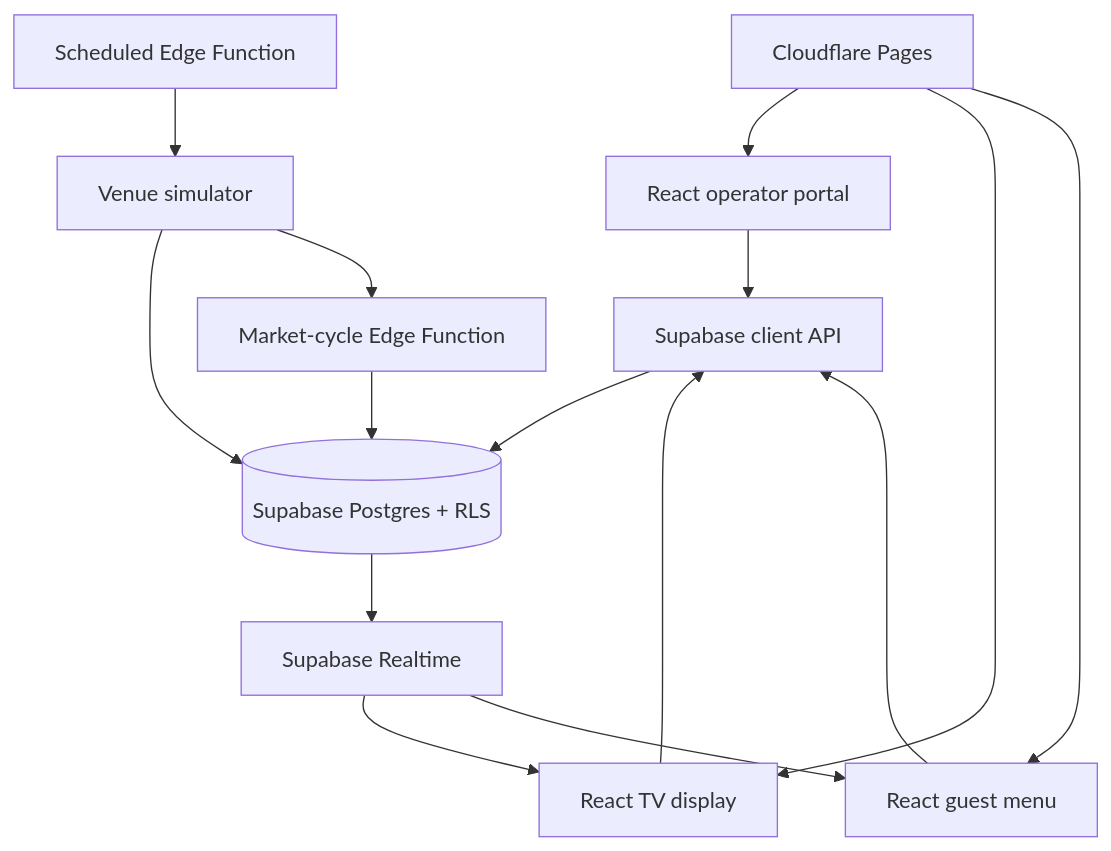
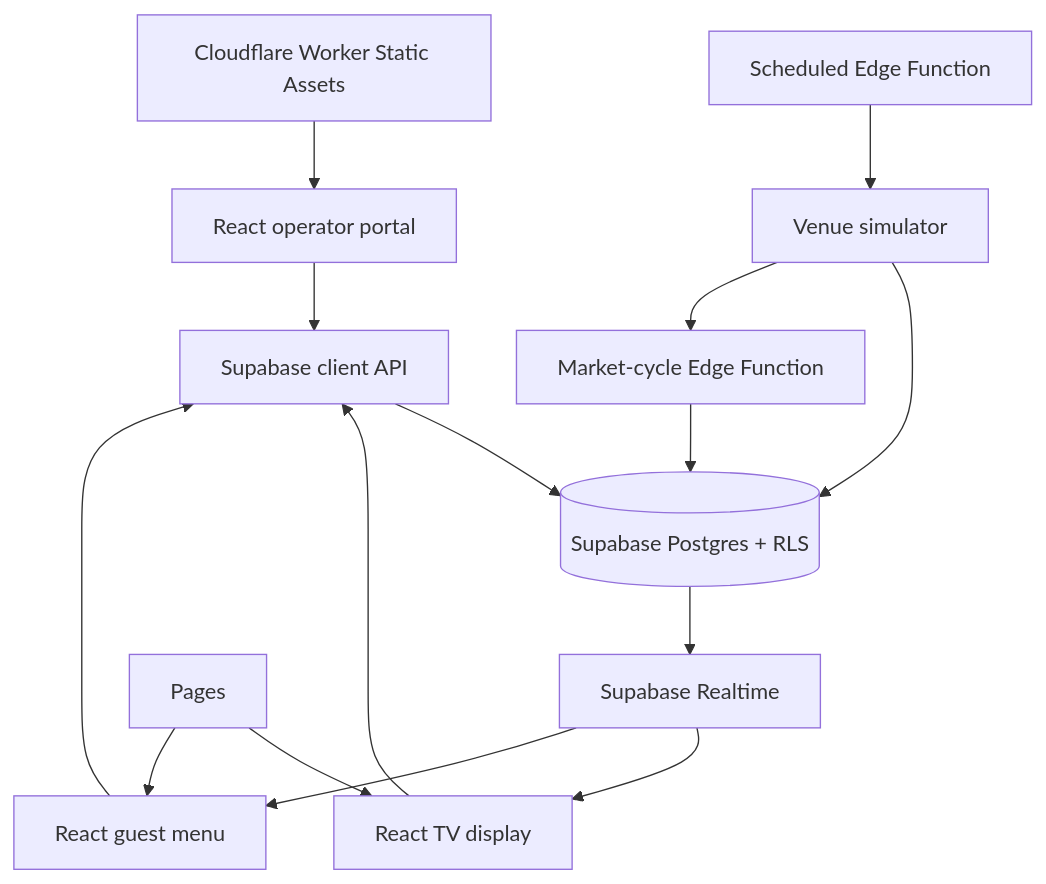
One commit to malique-spooner/night-economy changed the diagram in docs/portfolio-case-study.md. Above: the diagram before and after it, drawn with Mermaid. The commit also changed other lines of this file and 13 other files, not shown here.

Commit message:
refactor: serve Night Economy directly from Worker assets

````diff
--- a/docs/portfolio-case-study.md
+++ b/docs/portfolio-case-study.md
@@ -39,17 +39,17 @@
 ```mermaid
 flowchart TB
   Portal[React operator portal] --> API[Supabase client API]
   TV[React TV display] --> API
   Mobile[React guest menu] --> API
   API --> DB[(Supabase Postgres + RLS)]
   Scheduler[Scheduled Edge Function] --> Simulator[Venue simulator]
   Simulator --> DB
   Simulator --> Cycle[Market-cycle Edge Function]
   Cycle --> DB
   DB --> Realtime[Supabase Realtime]
   Realtime --> TV
   Realtime --> Mobile
-  Pages[Cloudflare Pages] --> Portal
+  Worker[Cloudflare Worker Static Assets] --> Portal
   Pages --> TV
   Pages --> Mobile
 ```
````
